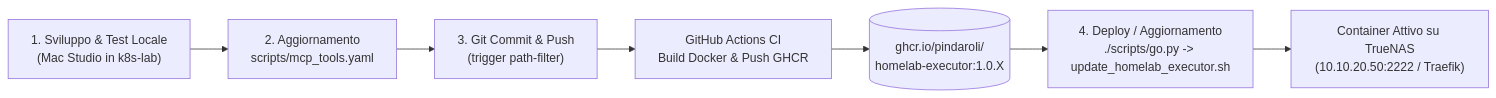
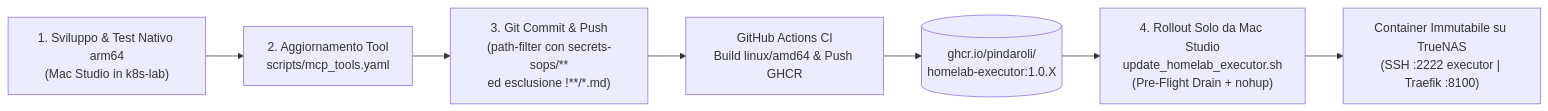
The diagram in wiki/plans/homelab-executor-container-and-ci-pipeline.md (pindaroli/k8s-lab), drawn with Mermaid before and after one commit. The commit also changed other lines of this file and 5 other files, not shown here.

Commit message:
docs(plan): allineamento e reindicizzazione piano homelab-executor post-revisione SRE

````diff
--- a/wiki/plans/homelab-executor-container-and-ci-pipeline.md
+++ b/wiki/plans/homelab-executor-container-and-ci-pipeline.md
@@ -48,9 +49,9 @@
 ```mermaid
 flowchart LR
-    DEV["1. Sviluppo & Test Locale<br>(Mac Studio in k8s-lab)"] --> MCP_CONF["2. Aggiornamento<br>scripts/mcp_tools.yaml"]
-    MCP_CONF --> GIT_PUSH["3. Git Commit & Push<br>(trigger path-filter)"]
-    GIT_PUSH --> GHA["GitHub Actions CI<br>Build Docker & Push GHCR"]
+    DEV["1. Sviluppo & Test Nativo arm64<br>(Mac Studio in k8s-lab)"] --> MCP_CONF["2. Aggiornamento Tool<br>scripts/mcp_tools.yaml"]
+    MCP_CONF --> GIT_PUSH["3. Git Commit & Push<br>(path-filter con secrets-sops/**<br>ed esclusione !**/*.md)"]
+    GIT_PUSH --> GHA["GitHub Actions CI<br>Build linux/amd64 & Push GHCR"]
     GHA --> GHCR[("ghcr.io/pindaroli/<br>homelab-executor:1.0.X")]
-    GHCR --> DEPLOY["4. Deploy / Aggiornamento<br>./scripts/go.py -> update_homelab_executor.sh"]
-    DEPLOY --> TRUENAS["Container Attivo su TrueNAS<br>(10.10.20.50:2222 / Traefik)"]
+    GHCR --> DEPLOY["4. Rollout Solo da Mac Studio<br>update_homelab_executor.sh<br>(Pre-Flight Drain + nohup)"]
+    DEPLOY --> TRUENAS["Container Immutabile su TrueNAS<br>(SSH :2222 executor | Traefik :8100)"]
 ```
````
